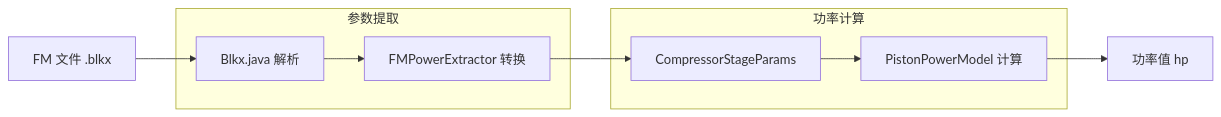
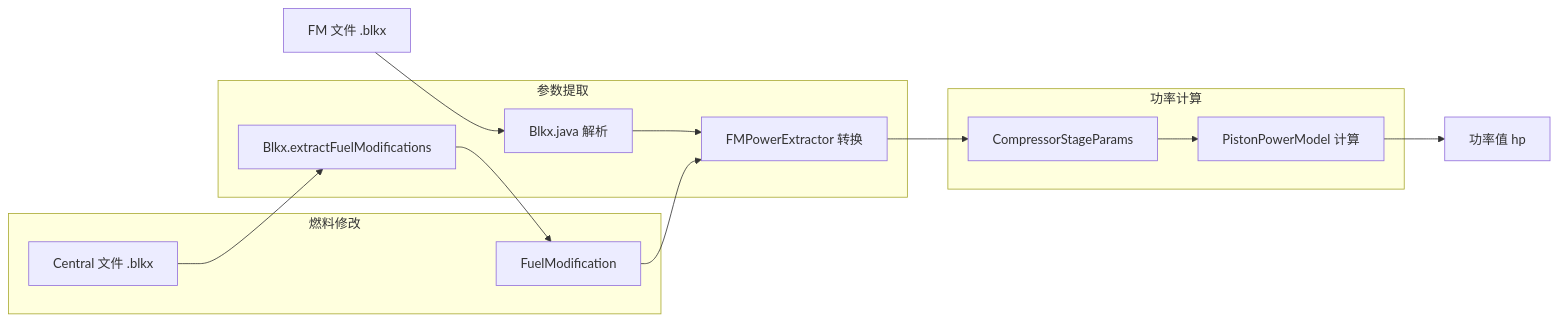
Before and after one commit to matrixsukhoi/voidmei: the diagram in doc/功率曲线调试手册.md, drawn with Mermaid. The commit also changed other lines of this file and 11 other files, not shown here.

````diff
--- a/doc/功率曲线调试手册.md
+++ b/doc/功率曲线调试手册.md
@@ -13,18 +13,27 @@
 ```mermaid
 graph LR
     A[FM 文件 .blkx] --> B[Blkx.java 解析]
+    G[Central 文件 .blkx] --> H[Blkx.extractFuelModifications]
+    H --> I[FuelModification]
     B --> C[FMPowerExtractor 转换]
+    I --> C
     C --> D[CompressorStageParams]
     D --> E[PistonPowerModel 计算]
     E --> F[功率值 hp]
 
     subgraph "参数提取"
     B
     C
+    H
+    end
+
+    subgraph "燃料修改"
+    G
+    I
     end
 
     subgraph "功率计算"
     D
     E
     end
 ```
````
